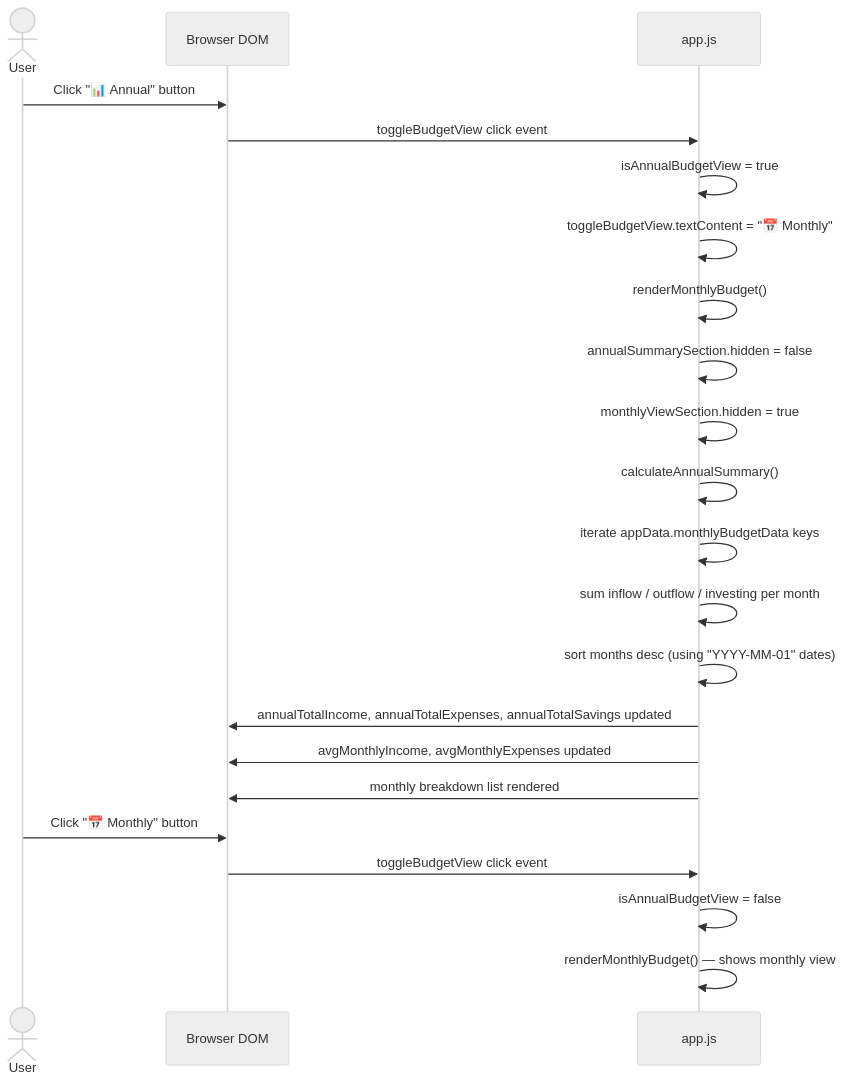
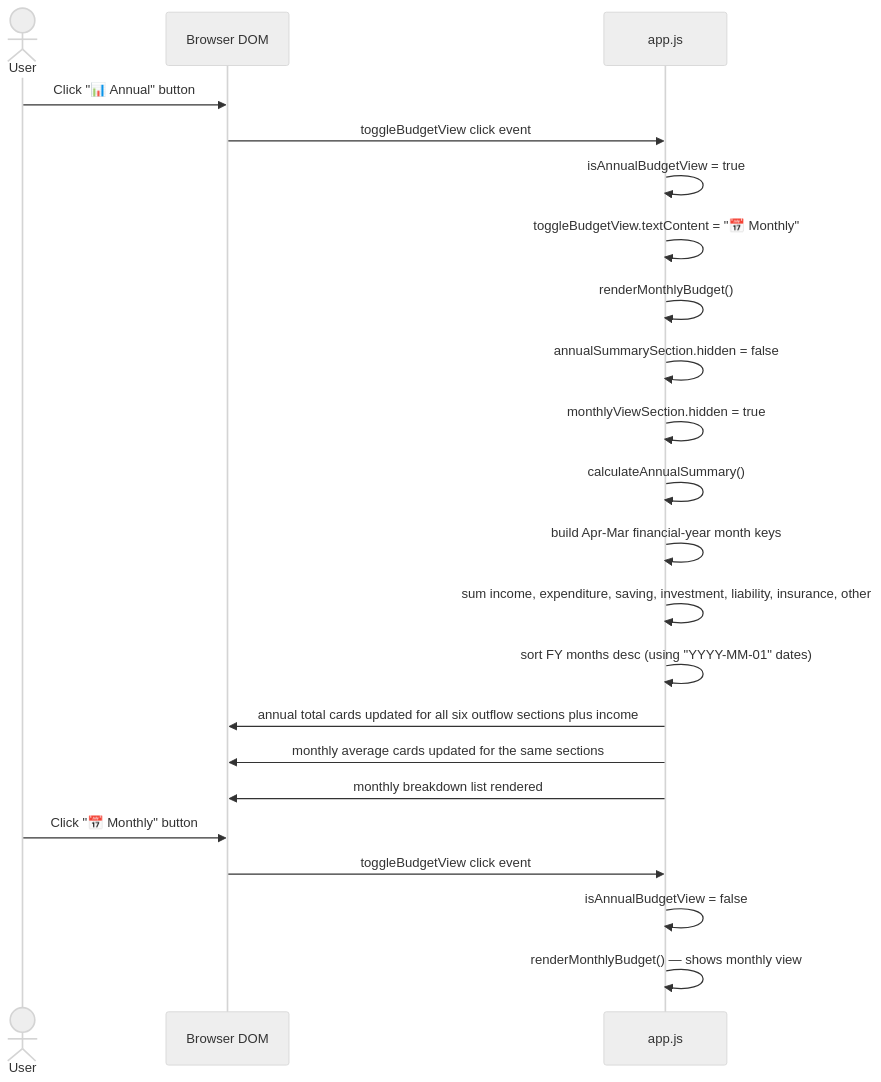
The eighth of 10 diagrams in architecture.md (mrunaldev/smart-financial-planning), drawn with Mermaid (neutral theme) before and after one commit. The commit also changed other lines of this file and 6 other files, not shown here.

````diff
--- a/architecture.md
+++ b/architecture.md
@@ -488,26 +490,26 @@
 ```mermaid
 sequenceDiagram
     actor User
     participant UI as Browser DOM
     participant App as app.js
 
     User->>UI: Click "📊 Annual" button
     UI->>App: toggleBudgetView click event
     App->>App: isAnnualBudgetView = true
     App->>App: toggleBudgetView.textContent = "📅 Monthly"
     App->>App: renderMonthlyBudget()
     App->>App: annualSummarySection.hidden = false
     App->>App: monthlyViewSection.hidden = true
     App->>App: calculateAnnualSummary()
-    App->>App: iterate appData.monthlyBudgetData keys
-    App->>App: sum inflow / outflow / investing per month
-    App->>App: sort months desc (using "YYYY-MM-01" dates)
-    App->>UI: annualTotalIncome, annualTotalExpenses, annualTotalSavings updated
-    App->>UI: avgMonthlyIncome, avgMonthlyExpenses updated
+    App->>App: build Apr-Mar financial-year month keys
+    App->>App: sum income, expenditure, saving, investment, liability, insurance, other
+    App->>App: sort FY months desc (using "YYYY-MM-01" dates)
+    App->>UI: annual total cards updated for all six outflow sections plus income
+    App->>UI: monthly average cards updated for the same sections
     App->>UI: monthly breakdown list rendered
 
     User->>UI: Click "📅 Monthly" button
     UI->>App: toggleBudgetView click event
     App->>App: isAnnualBudgetView = false
     App->>App: renderMonthlyBudget() — shows monthly view
 ```
````
